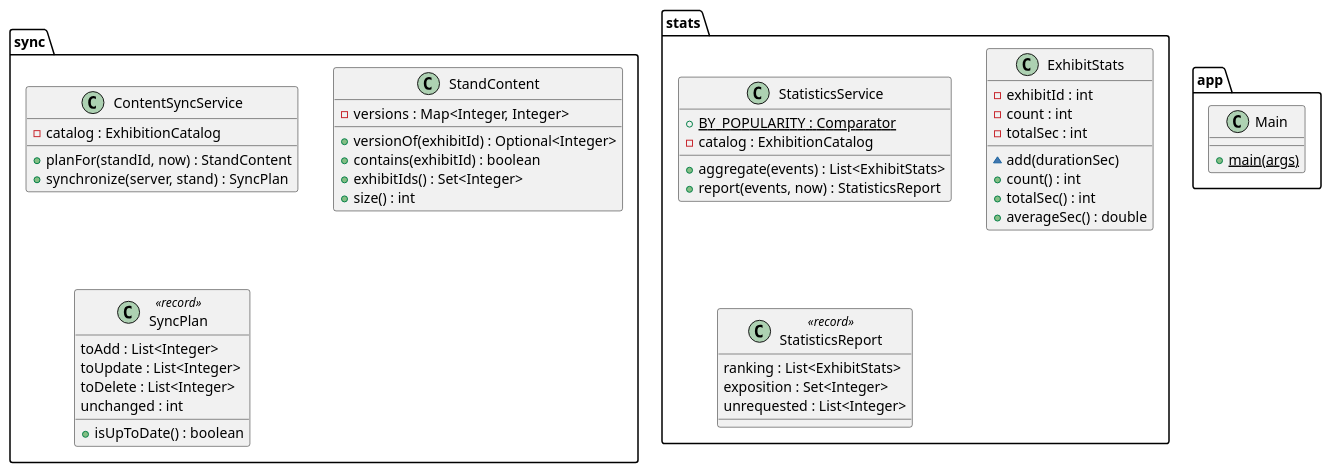
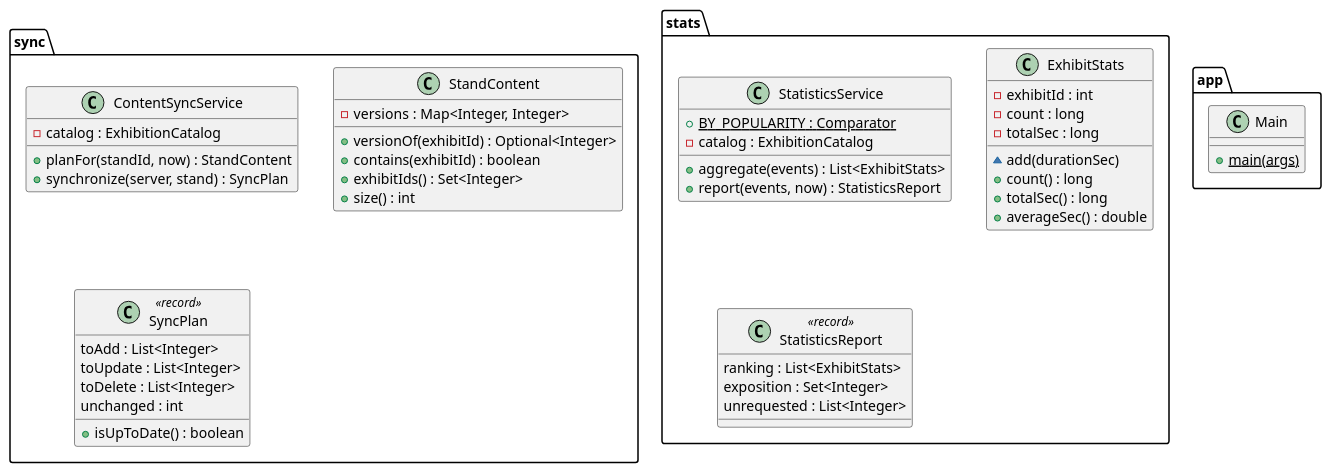
Before and after one commit to AlexIRKHIN/exhibition-center-AR: the diagram in docs/uml/defs_services.iuml, drawn with PlantUML. The commit also changed 19 other files, not shown here.

```diff
--- a/docs/uml/defs_services.iuml
+++ b/docs/uml/defs_services.iuml
@@ -1,48 +1,48 @@
 package "sync" {
   class ContentSyncService {
     - catalog : ExhibitionCatalog
     + planFor(standId, now) : StandContent
     + synchronize(server, stand) : SyncPlan
   }
   class StandContent {
     - versions : Map<Integer, Integer>
     + versionOf(exhibitId) : Optional<Integer>
     + contains(exhibitId) : boolean
     + exhibitIds() : Set<Integer>
     + size() : int
   }
   class SyncPlan <<record>> {
     toAdd : List<Integer>
     toUpdate : List<Integer>
     toDelete : List<Integer>
     unchanged : int
     + isUpToDate() : boolean
   }
 }
 package "stats" {
   class StatisticsService {
     + {static} BY_POPULARITY : Comparator
     - catalog : ExhibitionCatalog
     + aggregate(events) : List<ExhibitStats>
     + report(events, now) : StatisticsReport
   }
   class ExhibitStats {
     - exhibitId : int
-    - count : int
-    - totalSec : int
+    - count : long
+    - totalSec : long
     ~ add(durationSec)
-    + count() : int
-    + totalSec() : int
+    + count() : long
+    + totalSec() : long
     + averageSec() : double
   }
   class StatisticsReport <<record>> {
     ranking : List<ExhibitStats>
     exposition : Set<Integer>
     unrequested : List<Integer>
   }
 }
 package "app" {
   class Main {
     + {static} main(args)
   }
 }
```
